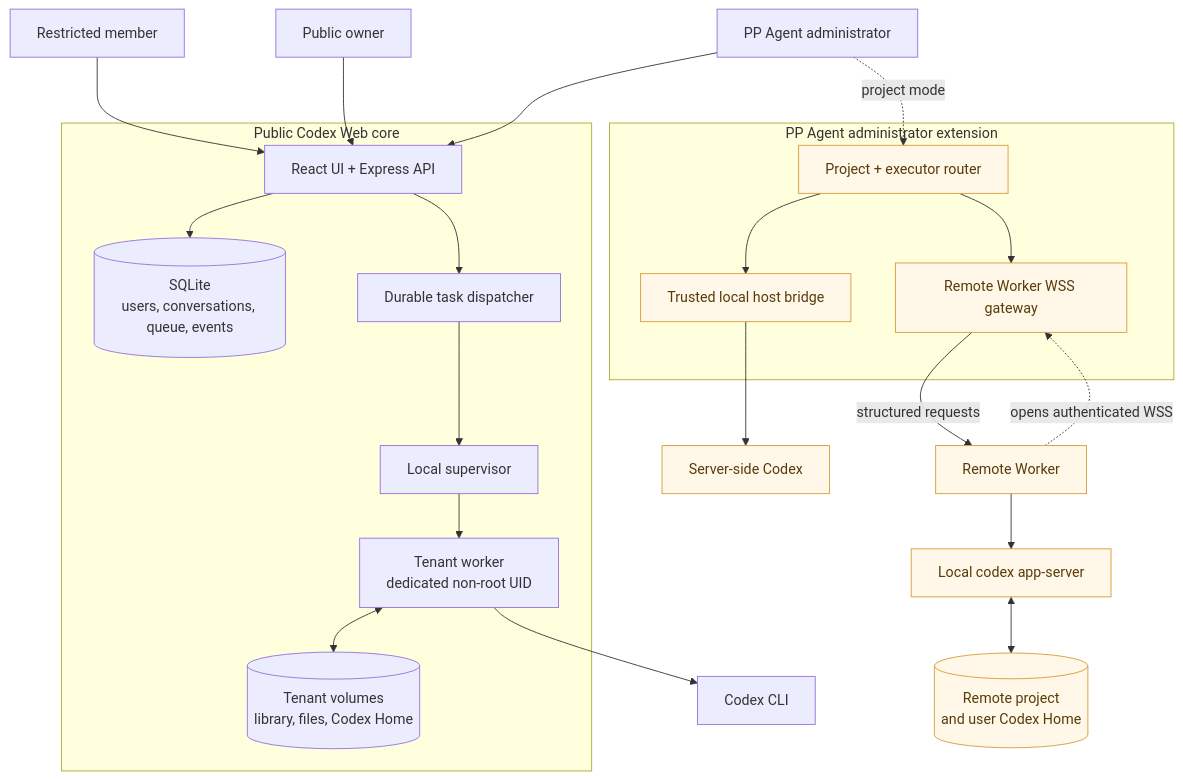
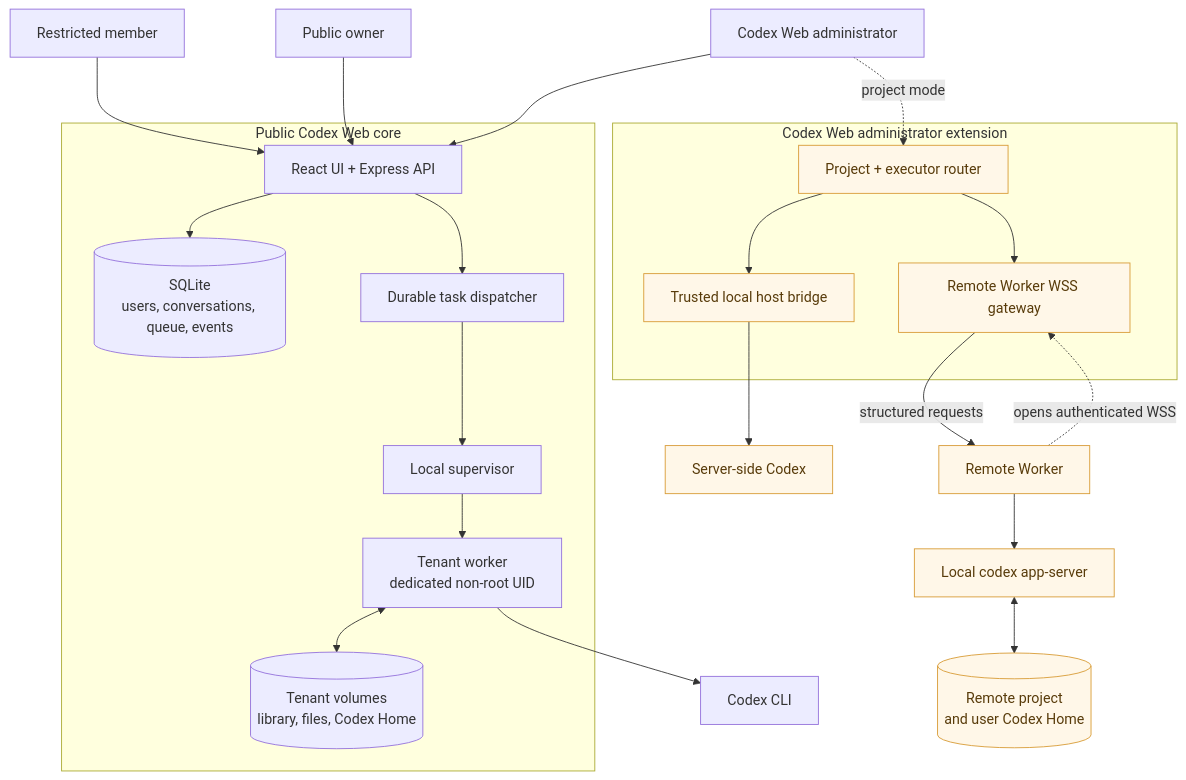
The first of 3 diagrams in README.md (Raytto/codex-web), drawn with Mermaid before and after one commit. The commit also changed other lines of this file and 201 other files, not shown here.

Commit message:
sync optional Codex Web features with safe public gates

````diff
--- a/README.md
+++ b/README.md
@@ -74,38 +80,38 @@
 ```mermaid
 flowchart TB
     member["Restricted member"] --> web
     owner["Public owner"] --> web
-    admin["PP Agent administrator"] --> web
+    admin["Codex Web administrator"] --> web
 
     subgraph core["Public Codex Web core"]
         web["React UI + Express API"]
         db[("SQLite<br/>users, conversations, queue, events")]
         queue["Durable task dispatcher"]
         supervisor["Local supervisor"]
         tenant["Tenant worker<br/>dedicated non-root UID"]
         tenantState[("Tenant volumes<br/>library, files, Codex Home")]
 
         web --> db
         web --> queue --> supervisor --> tenant
         tenant <--> tenantState
     end
 
     tenant --> tenantCodex["Codex CLI"]
 
-    subgraph extension["PP Agent administrator extension"]
+    subgraph extension["Codex Web administrator extension"]
         router["Project + executor router"]
         hostBridge["Trusted local host bridge"]
         gateway["Remote Worker WSS gateway"]
     end
 
     admin -. "project mode" .-> router
     router --> hostBridge --> hostCodex["Server-side Codex"]
     router --> gateway
     remoteWorker["Remote Worker"] -. "opens authenticated WSS" .-> gateway
     gateway -->|"structured requests"| remoteWorker
     remoteWorker --> appServer["Local codex app-server"]
     appServer <--> remoteState[("Remote project<br/>and user Codex Home")]
 
     classDef extensionNode fill:#fff7e8,stroke:#d89b35,color:#583b0a;
     class router,hostBridge,gateway,hostCodex,remoteWorker,appServer,remoteState extensionNode;
 ```
````
